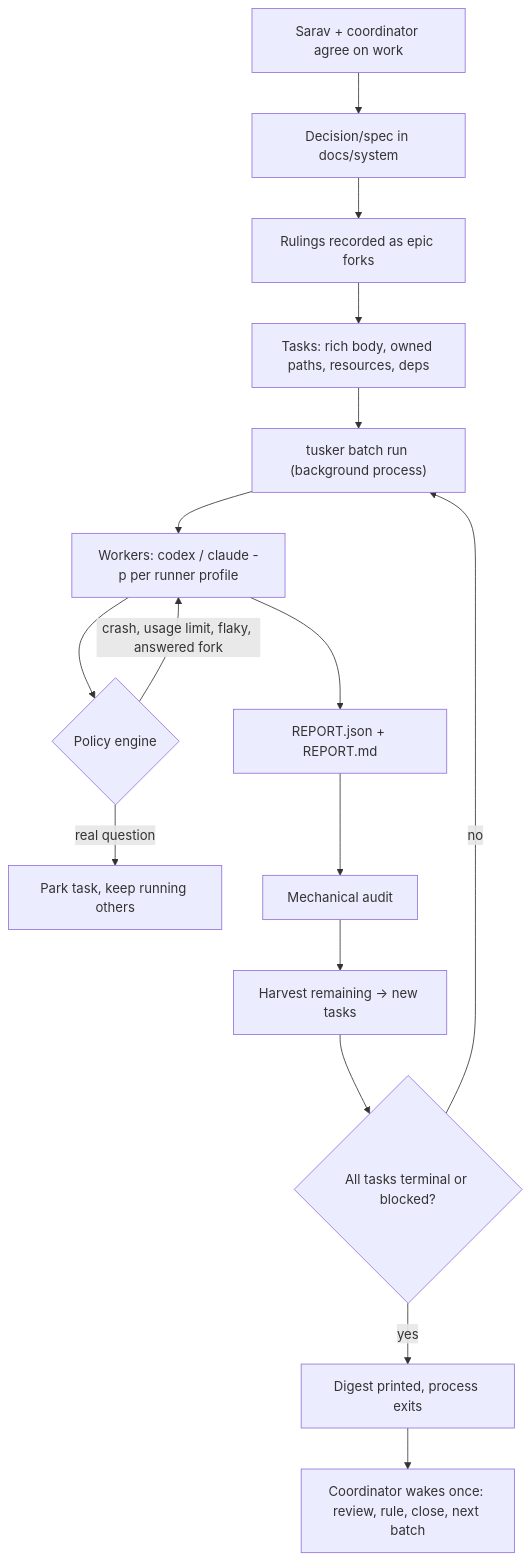
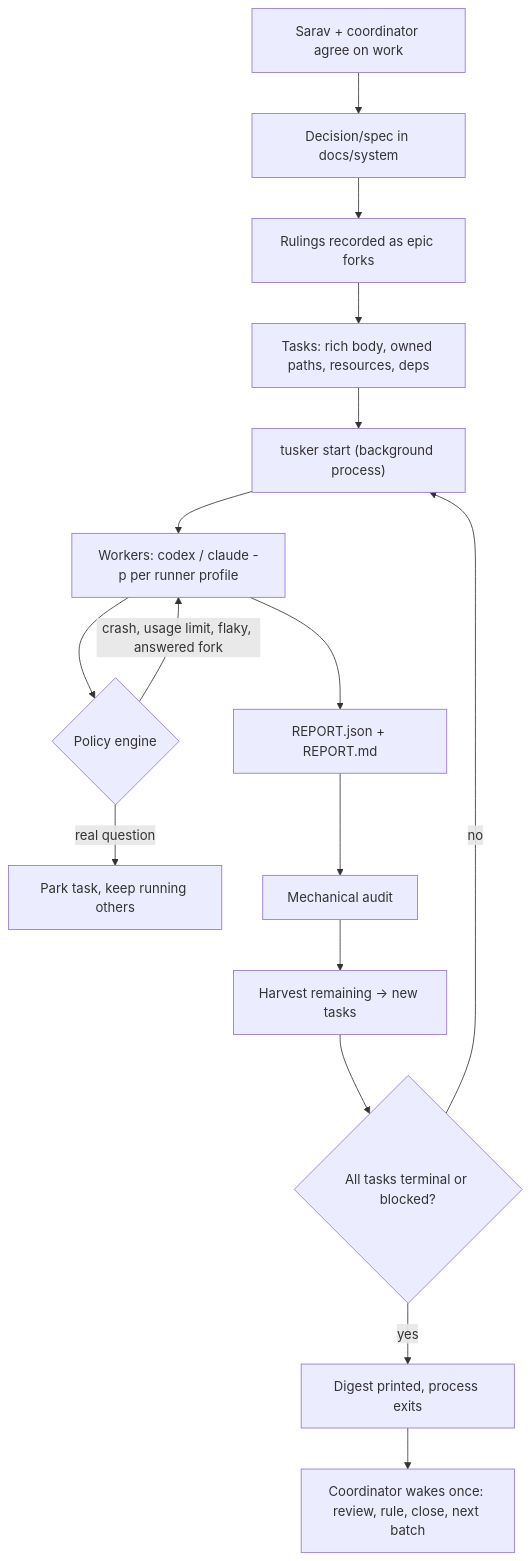
Before and after one commit to srv1n/tusker: the diagram in docs/system/proposals/coordinator-batch-mode.md, drawn with Mermaid. The commit also changed other lines of this file and 234 other files, not shown here.

````diff
--- a/docs/system/proposals/coordinator-batch-mode.md
+++ b/docs/system/proposals/coordinator-batch-mode.md
@@ -50,18 +50,18 @@
 ```mermaid
 flowchart TD
   S[Sarav + coordinator agree on work] --> D[Decision/spec in docs/system]
   D --> F[Rulings recorded as epic forks]
   F --> T[Tasks: rich body, owned paths, resources, deps]
-  T --> B["tusker batch run (background process)"]
+  T --> B["tusker start (background process)"]
   B --> W[Workers: codex / claude -p per runner profile]
   W --> P{Policy engine}
   P -->|crash, usage limit, flaky, answered fork| W
   P -->|real question| K[Park task, keep running others]
   W --> R[REPORT.json + REPORT.md]
   R --> A[Mechanical audit]
   A --> H[Harvest remaining -> new tasks]
   H --> E{All tasks terminal or blocked?}
   E -->|no| B
   E -->|yes| X[Digest printed, process exits]
   X --> C[Coordinator wakes once: review, rule, close, next batch]
 ```
````
